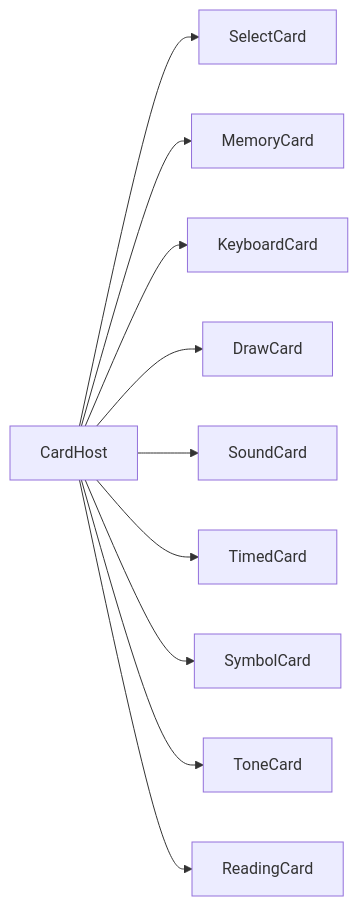
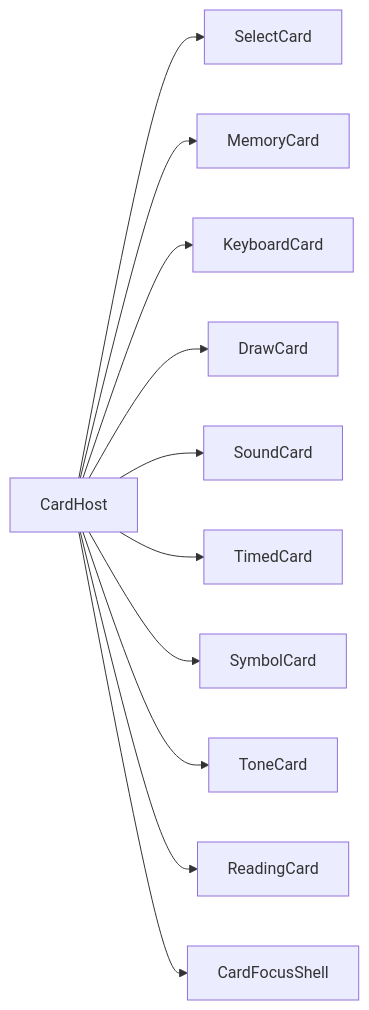
Before and after one commit to void2ptr-sketch/LinguaCode: the first of 2 diagrams in docs/ARCHITECTURE.shared.md, drawn with Mermaid. The commit also changed other lines of this file and 11 other files, not shown here.

````diff
--- a/docs/ARCHITECTURE.shared.md
+++ b/docs/ARCHITECTURE.shared.md
@@ -23,12 +25,13 @@
 ```mermaid
 flowchart LR
   CardHost --> SelectCard
   CardHost --> MemoryCard
   CardHost --> KeyboardCard
   CardHost --> DrawCard
   CardHost --> SoundCard
   CardHost --> TimedCard
   CardHost --> SymbolCard
   CardHost --> ToneCard
   CardHost --> ReadingCard
+  CardHost --> CardFocusShell
 ```
````
